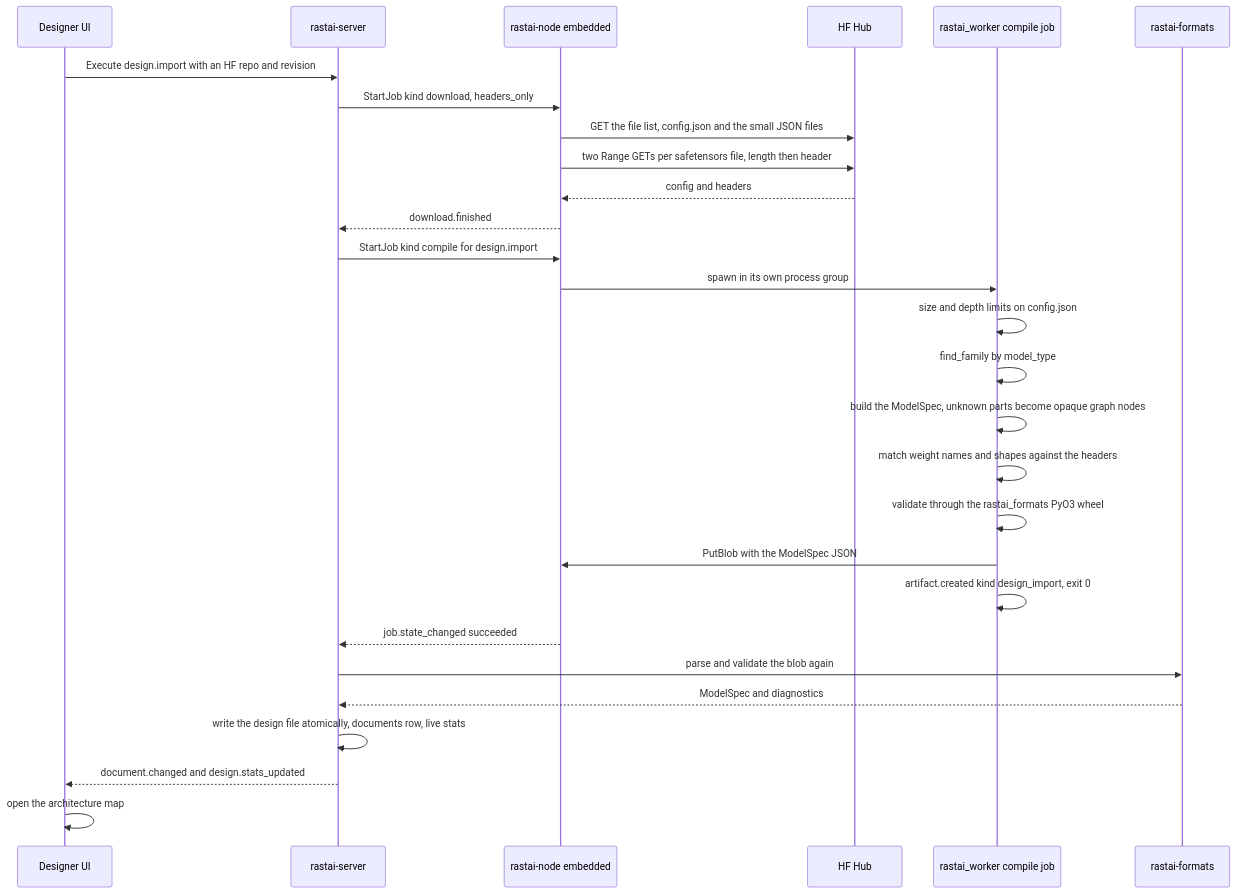
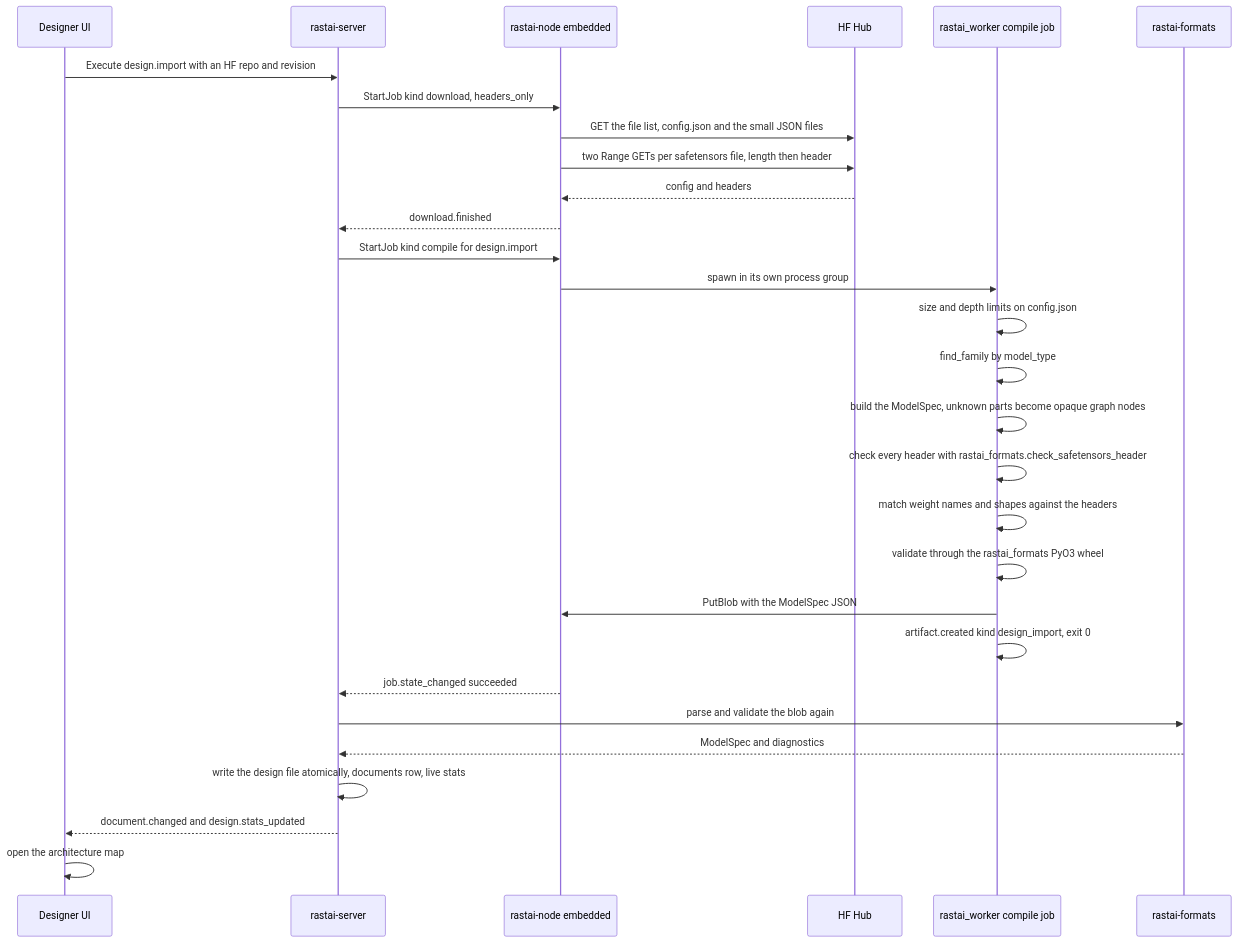
One commit to Snubiss/RASTAI-Research-Studio changed the first of 32 diagrams in docs/architecture/flows/designer-gym-remote.md. Above: the diagram before and after it, drawn with Mermaid. The commit also changed other lines of this file and 44 other files, not shown here.

````diff
--- a/docs/architecture/flows/designer-gym-remote.md
+++ b/docs/architecture/flows/designer-gym-remote.md
@@ -54,30 +54,31 @@
 ```mermaid
 sequenceDiagram
   participant UI as Designer UI
   participant SRV as rastai-server
   participant NODE as rastai-node embedded
   participant HF as HF Hub
   participant W as rastai_worker compile job
   participant FMT as rastai-formats
   UI->>SRV: Execute design.import with an HF repo and revision
   SRV->>NODE: StartJob kind download, headers_only
   NODE->>HF: GET the file list, config.json and the small JSON files
   NODE->>HF: two Range GETs per safetensors file, length then header
   HF-->>NODE: config and headers
   NODE-->>SRV: download.finished
   SRV->>NODE: StartJob kind compile for design.import
   NODE->>W: spawn in its own process group
   W->>W: size and depth limits on config.json
   W->>W: find_family by model_type
   W->>W: build the ModelSpec, unknown parts become opaque graph nodes
+  W->>W: check every header with rastai_formats.check_safetensors_header
   W->>W: match weight names and shapes against the headers
   W->>W: validate through the rastai_formats PyO3 wheel
   W->>NODE: PutBlob with the ModelSpec JSON
   W->>W: artifact.created kind design_import, exit 0
   NODE-->>SRV: job.state_changed succeeded
   SRV->>FMT: parse and validate the blob again
   FMT-->>SRV: ModelSpec and diagnostics
   SRV->>SRV: write the design file atomically, documents row, live stats
   SRV-->>UI: document.changed and design.stats_updated
   UI->>UI: open the architecture map
 ```
````
